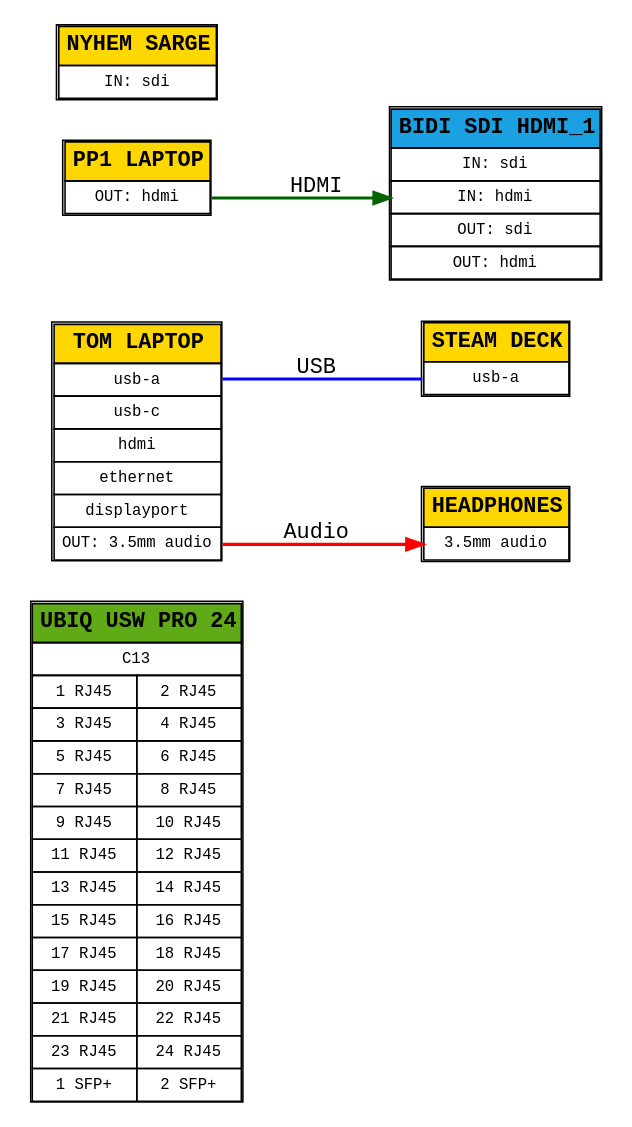
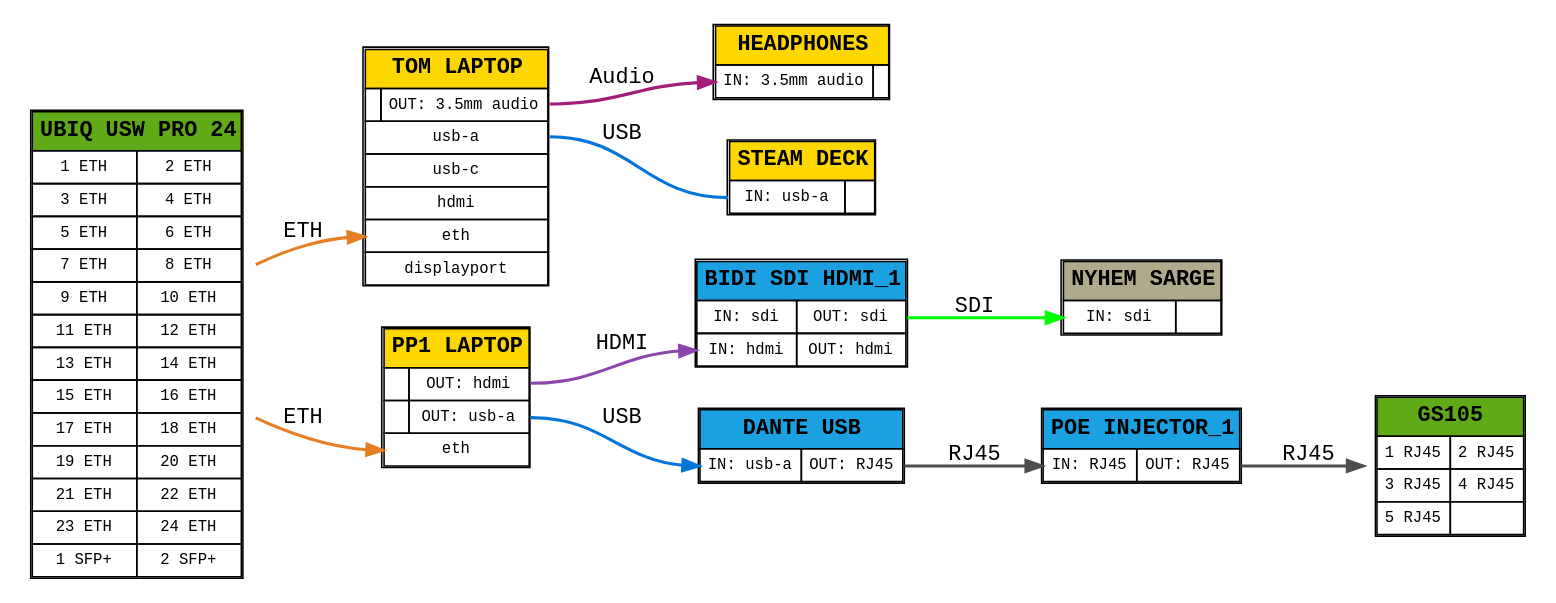
The diagram in generated.gv (viktorfreiman/AVTrace), drawn with Graphviz before and after one commit. The commit also changed 3 other files, not shown here.

```diff
--- a/generated.gv
+++ b/generated.gv
@@ -1,121 +1,198 @@
 digraph G {
     rankdir = LR;
     node [shape = plaintext; fontname = "monospace";];
 
 
+    
     UBIQ_USW_PRO_24 [label = <
         <table border="1" cellborder="1" cellspacing="0" cellpadding="4">
         <tr><td bgcolor="#60A917" colspan="2"><font point-size="14"><b>UBIQ USW PRO 24</b></font></td></tr>
-        <tr><td port="C13" colspan="2"><font point-size="10">C13</font></td></tr>
+        <tr>
+            <td port="eth_1"><font point-size="10">1 ETH</font></td>
+            <td port="eth_2"><font point-size="10">2 ETH</font></td>
+        </tr>
+        <tr>
+            <td port="eth_3"><font point-size="10">3 ETH</font></td>
+            <td port="eth_4"><font point-size="10">4 ETH</font></td>
+        </tr>
+        <tr>
+            <td port="eth_5"><font point-size="10">5 ETH</font></td>
+            <td port="eth_6"><font point-size="10">6 ETH</font></td>
+        </tr>
+        <tr>
+            <td port="eth_7"><font point-size="10">7 ETH</font></td>
+            <td port="eth_8"><font point-size="10">8 ETH</font></td>
+        </tr>
+        <tr>
+            <td port="eth_9"><font point-size="10">9 ETH</font></td>
+            <td port="eth_10"><font point-size="10">10 ETH</font></td>
+        </tr>
+        <tr>
+            <td port="eth_11"><font point-size="10">11 ETH</font></td>
+            <td port="eth_12"><font point-size="10">12 ETH</font></td>
+        </tr>
+        <tr>
+            <td port="eth_13"><font point-size="10">13 ETH</font></td>
+            <td port="eth_14"><font point-size="10">14 ETH</font></td>
+        </tr>
+        <tr>
+            <td port="eth_15"><font point-size="10">15 ETH</font></td>
+            <td port="eth_16"><font point-size="10">16 ETH</font></td>
+        </tr>
+        <tr>
+            <td port="eth_17"><font point-size="10">17 ETH</font></td>
+            <td port="eth_18"><font point-size="10">18 ETH</font></td>
+        </tr>
+        <tr>
+            <td port="eth_19"><font point-size="10">19 ETH</font></td>
+            <td port="eth_20"><font point-size="10">20 ETH</font></td>
+        </tr>
+        <tr>
+            <td port="eth_21"><font point-size="10">21 ETH</font></td>
+            <td port="eth_22"><font point-size="10">22 ETH</font></td>
+        </tr>
+        <tr>
+            <td port="eth_23"><font point-size="10">23 ETH</font></td>
+            <td port="eth_24"><font point-size="10">24 ETH</font></td>
+        </tr>
+        <tr>
+            <td port="sfp+_1"><font point-size="10">1 SFP+</font></td>
+            <td port="sfp+_2"><font point-size="10">2 SFP+</font></td>
+        </tr>
+        </table>
+        >;];
+
+    
+    STEAM_DECK [label = <
+        <table border="1" cellborder="1" cellspacing="0" cellpadding="4">
+        <tr><td bgcolor="#FFD700" colspan="2"><font point-size="14"><b>STEAM DECK</b></font></td></tr>
+        <tr>
+            <td port="in_usb_a"><font point-size="10">IN: usb-a</font></td>
+            <td></td>
+        </tr>
+        </table>
+        >;];
+
+    
+    TOM_LAPTOP [label = <
+        <table border="1" cellborder="1" cellspacing="0" cellpadding="4">
+        <tr><td bgcolor="#FFD700" colspan="2"><font point-size="14"><b>TOM LAPTOP</b></font></td></tr>
+        <tr>
+            <td></td>
+            <td port="out_port_3_5mm_audio"><font point-size="10">OUT: 3.5mm audio</font></td>
+        </tr>
+        <tr><td port="usb_a" colspan="2"><font point-size="10">usb-a</font></td></tr>
+        <tr><td port="usb_c" colspan="2"><font point-size="10">usb-c</font></td></tr>
+        <tr><td port="hdmi" colspan="2"><font point-size="10">hdmi</font></td></tr>
+        <tr><td port="eth" colspan="2"><font point-size="10">eth</font></td></tr>
+        <tr><td port="displayport" colspan="2"><font point-size="10">displayport</font></td></tr>
+        </table>
+        >;];
+
+    
+    PP1_LAPTOP [label = <
+        <table border="1" cellborder="1" cellspacing="0" cellpadding="4">
+        <tr><td bgcolor="#FFD700" colspan="2"><font point-size="14"><b>PP1 LAPTOP</b></font></td></tr>
+        <tr>
+            <td></td>
+            <td port="out_hdmi"><font point-size="10">OUT: hdmi</font></td>
+        </tr>
+        <tr>
+            <td></td>
+            <td port="out_usb_a"><font point-size="10">OUT: usb-a</font></td>
+        </tr>
+        <tr><td port="eth" colspan="2"><font point-size="10">eth</font></td></tr>
+        </table>
+        >;];
+
+    
+    BIDI_SDI_HDMI_1 [label = <
+        <table border="1" cellborder="1" cellspacing="0" cellpadding="4">
+        <tr><td bgcolor="#1BA1E2" colspan="2"><font point-size="14"><b>BIDI SDI HDMI_1</b></font></td></tr>
+        <tr>
+            <td port="in_sdi"><font point-size="10">IN: sdi</font></td>
+            <td port="out_sdi"><font point-size="10">OUT: sdi</font></td>
+        </tr>
+        <tr>
+            <td port="in_hdmi"><font point-size="10">IN: hdmi</font></td>
+            <td port="out_hdmi"><font point-size="10">OUT: hdmi</font></td>
+        </tr>
+        </table>
+        >;];
+
+    
+    DANTE_USB [label = <
+        <table border="1" cellborder="1" cellspacing="0" cellpadding="4">
+        <tr><td bgcolor="#1BA1E2" colspan="2"><font point-size="14"><b>DANTE USB</b></font></td></tr>
+        <tr>
+            <td port="in_usb_a"><font point-size="10">IN: usb-a</font></td>
+            <td port="out_RJ45"><font point-size="10">OUT: RJ45</font></td>
+        </tr>
+        </table>
+        >;];
+
+    
+    POE_INJECTOR_1 [label = <
+        <table border="1" cellborder="1" cellspacing="0" cellpadding="4">
+        <tr><td bgcolor="#1BA1E2" colspan="2"><font point-size="14"><b>POE INJECTOR_1</b></font></td></tr>
+        <tr>
+            <td port="in_RJ45"><font point-size="10">IN: RJ45</font></td>
+            <td port="out_RJ45"><font point-size="10">OUT: RJ45</font></td>
+        </tr>
+        </table>
+        >;];
+
+    
+    GS105 [label = <
+        <table border="1" cellborder="1" cellspacing="0" cellpadding="4">
+        <tr><td bgcolor="#60A917" colspan="2"><font point-size="14"><b>GS105</b></font></td></tr>
         <tr>
             <td port="rj45_1"><font point-size="10">1 RJ45</font></td>
             <td port="rj45_2"><font point-size="10">2 RJ45</font></td>
         </tr>
         <tr>
             <td port="rj45_3"><font point-size="10">3 RJ45</font></td>
             <td port="rj45_4"><font point-size="10">4 RJ45</font></td>
         </tr>
         <tr>
             <td port="rj45_5"><font point-size="10">5 RJ45</font></td>
-            <td port="rj45_6"><font point-size="10">6 RJ45</font></td>
-        </tr>
-        <tr>
-            <td port="rj45_7"><font point-size="10">7 RJ45</font></td>
-            <td port="rj45_8"><font point-size="10">8 RJ45</font></td>
-        </tr>
-        <tr>
-            <td port="rj45_9"><font point-size="10">9 RJ45</font></td>
-            <td port="rj45_10"><font point-size="10">10 RJ45</font></td>
-        </tr>
-        <tr>
-            <td port="rj45_11"><font point-size="10">11 RJ45</font></td>
-            <td port="rj45_12"><font point-size="10">12 RJ45</font></td>
-        </tr>
-        <tr>
-            <td port="rj45_13"><font point-size="10">13 RJ45</font></td>
-            <td port="rj45_14"><font point-size="10">14 RJ45</font></td>
-        </tr>
-        <tr>
-            <td port="rj45_15"><font point-size="10">15 RJ45</font></td>
-            <td port="rj45_16"><font point-size="10">16 RJ45</font></td>
-        </tr>
-        <tr>
-            <td port="rj45_17"><font point-size="10">17 RJ45</font></td>
-            <td port="rj45_18"><font point-size="10">18 RJ45</font></td>
-        </tr>
-        <tr>
-            <td port="rj45_19"><font point-size="10">19 RJ45</font></td>
-            <td port="rj45_20"><font point-size="10">20 RJ45</font></td>
-        </tr>
-        <tr>
-            <td port="rj45_21"><font point-size="10">21 RJ45</font></td>
-            <td port="rj45_22"><font point-size="10">22 RJ45</font></td>
-        </tr>
-        <tr>
-            <td port="rj45_23"><font point-size="10">23 RJ45</font></td>
-            <td port="rj45_24"><font point-size="10">24 RJ45</font></td>
-        </tr>
-        <tr>
-            <td port="sfp+_1"><font point-size="10">1 SFP+</font></td>
-            <td port="sfp+_2"><font point-size="10">2 SFP+</font></td>
+            <td></td>
         </tr>
         </table>
         >;];
 
-    STEAM_DECK [label = <
+    
+    NYHEM_SARGE [label = <
         <table border="1" cellborder="1" cellspacing="0" cellpadding="4">
-        <tr><td bgcolor="#FFD700" colspan="2"><font point-size="14"><b>STEAM DECK</b></font></td></tr>
-        <tr><td port="usb_a" colspan="2"><font point-size="10">usb-a</font></td></tr>
+        <tr><td bgcolor="#AFAA8B" colspan="2"><font point-size="14"><b>NYHEM SARGE</b></font></td></tr>
+        <tr>
+            <td port="in_sdi"><font point-size="10">IN: sdi</font></td>
+            <td></td>
+        </tr>
         </table>
         >;];
 
-    TOM_LAPTOP [label = <
-        <table border="1" cellborder="1" cellspacing="0" cellpadding="4">
-        <tr><td bgcolor="#FFD700" colspan="3"><font point-size="14"><b>TOM LAPTOP</b></font></td></tr>
-        <tr><td port="usb_a" colspan="3"><font point-size="10">usb-a</font></td></tr>
-        <tr><td port="usb_c" colspan="3"><font point-size="10">usb-c</font></td></tr>
-        <tr><td port="hdmi" colspan="3"><font point-size="10">hdmi</font></td></tr>
-        <tr><td port="ethernet" colspan="3"><font point-size="10">ethernet</font></td></tr>
-        <tr><td port="displayport" colspan="3"><font point-size="10">displayport</font></td></tr>
-        <tr><td port="port_3_5mm_audio" colspan="3"><font point-size="10">OUT: 3.5mm audio</font></td></tr>
-        </table>
-        >;];
-
-    PP1_LAPTOP [label = <
-        <table border="1" cellborder="1" cellspacing="0" cellpadding="4">
-        <tr><td bgcolor="#FFD700" colspan="2"><font point-size="14"><b>PP1 LAPTOP</b></font></td></tr>
-        <tr><td port="hdmi" colspan="2"><font point-size="10">OUT: hdmi</font></td></tr>
-        </table>
-        >;];
-
-    BIDI_SDI_HDMI_1 [label = <
-        <table border="1" cellborder="1" cellspacing="0" cellpadding="4">
-        <tr><td bgcolor="#1BA1E2" colspan="2"><font point-size="14"><b>BIDI SDI HDMI_1</b></font></td></tr>
-        <tr><td port="sdi" colspan="2"><font point-size="10">IN: sdi</font></td></tr>
-        <tr><td port="hdmi" colspan="2"><font point-size="10">IN: hdmi</font></td></tr>
-        <tr><td port="sdi" colspan="2"><font point-size="10">OUT: sdi</font></td></tr>
-        <tr><td port="hdmi" colspan="2"><font point-size="10">OUT: hdmi</font></td></tr>
-        </table>
-        >;];
-
-    NYHEM_SARGE [label = <
-        <table border="1" cellborder="1" cellspacing="0" cellpadding="4">
-        <tr><td bgcolor="#FFD700" colspan="2"><font point-size="14"><b>NYHEM SARGE</b></font></td></tr>
-        <tr><td port="sdi" colspan="2"><font point-size="10">IN: sdi</font></td></tr>
-        </table>
-        >;];
-
+    
     HEADPHONES [label = <
         <table border="1" cellborder="1" cellspacing="0" cellpadding="4">
-        <tr><td bgcolor="#FFD700" colspan="3"><font point-size="14"><b>HEADPHONES</b></font></td></tr>
-        <tr><td port="port_3_5mm_audio" colspan="3"><font point-size="10">3.5mm audio</font></td></tr>
+        <tr><td bgcolor="#FFD700" colspan="2"><font point-size="14"><b>HEADPHONES</b></font></td></tr>
+        <tr>
+            <td port="in_port_3_5mm_audio"><font point-size="10">IN: 3.5mm audio</font></td>
+            <td></td>
+        </tr>
         </table>
         >;];
 
 
     // Connections
 
-    TOM_LAPTOP:usb_a -> STEAM_DECK:usb_a [label = "USB"; color = blue; penwidth = 2; fontname = "monospace"; dir = none;];
-    TOM_LAPTOP:port_3_5mm_audio -> HEADPHONES:port_3_5mm_audio [label = "Audio"; color = red; penwidth = 2; fontname = "monospace";];
-    PP1_LAPTOP:hdmi -> BIDI_SDI_HDMI_1:hdmi [label = "HDMI"; color = darkgreen; penwidth = 2; fontname = "monospace";];
+    TOM_LAPTOP:usb_a -> STEAM_DECK:in_usb_a [label = "USB"; color = "#0074D9"; penwidth = 2; fontname = "monospace"; dir = none;];
+    TOM_LAPTOP:out_port_3_5mm_audio -> HEADPHONES:in_port_3_5mm_audio [label = "Audio"; color = "#A21E7D"; penwidth = 2; fontname = "monospace";];
+    PP1_LAPTOP:out_hdmi -> BIDI_SDI_HDMI_1:in_hdmi [label = "HDMI"; color = "#8E44AD"; penwidth = 2; fontname = "monospace";];
+    BIDI_SDI_HDMI_1:out_sdi -> NYHEM_SARGE:in_sdi [label = "SDI"; color = "#00FF00"; penwidth = 2; fontname = "monospace";];
+    UBIQ_USW_PRO_24:eth -> TOM_LAPTOP:eth [label = "ETH"; color = "#E67E22"; penwidth = 2; fontname = "monospace";];
+    UBIQ_USW_PRO_24:eth -> PP1_LAPTOP:eth [label = "ETH"; color = "#E67E22"; penwidth = 2; fontname = "monospace";];
+    PP1_LAPTOP:out_usb_a -> DANTE_USB:in_usb_a [label = "USB"; color = "#0074D9"; penwidth = 2; fontname = "monospace";];
+    DANTE_USB:out_RJ45 -> POE_INJECTOR_1:in_RJ45 [label = "RJ45"; color = "#4D4D4D"; penwidth = 2; fontname = "monospace";];
+    POE_INJECTOR_1:out_RJ45 -> GS105:RJ45 [label = "RJ45"; color = "#4D4D4D"; penwidth = 2; fontname = "monospace";];
 }
```
